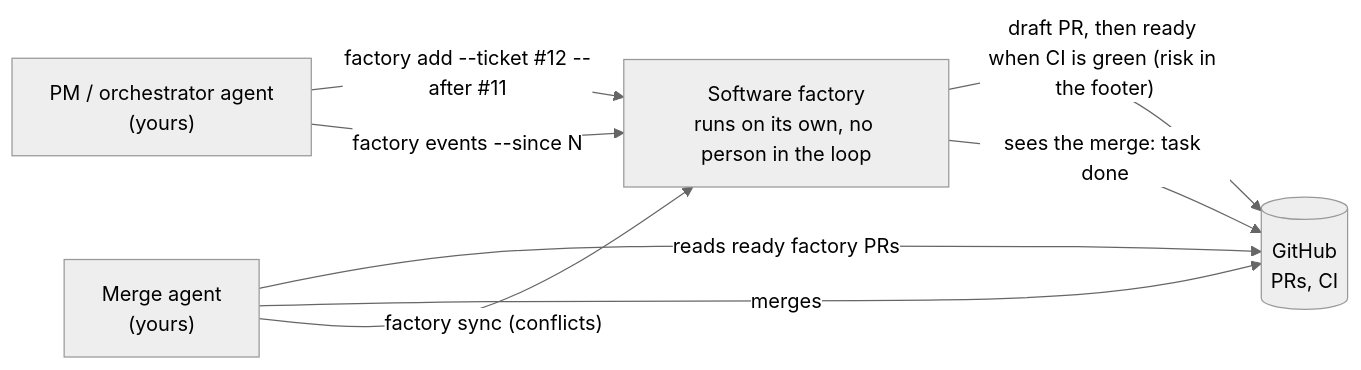
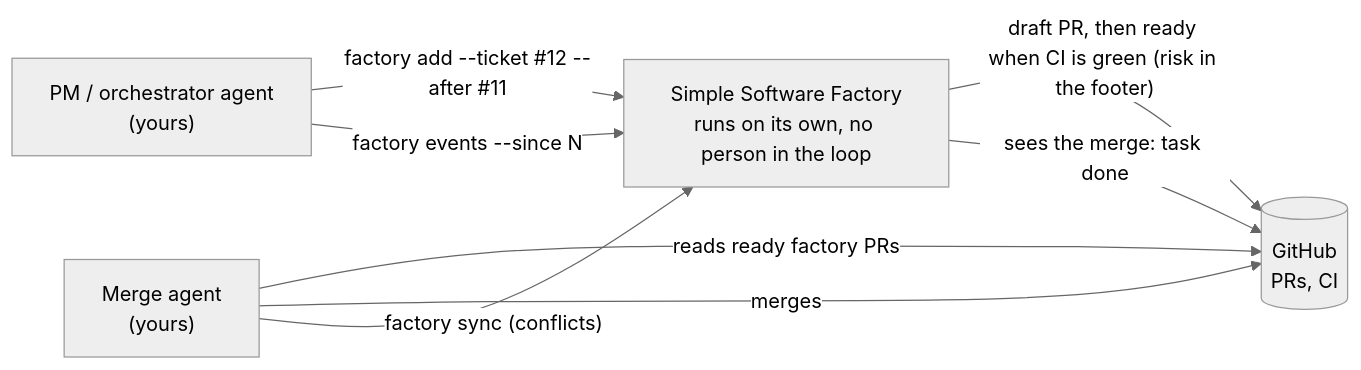
The diagram in docs/INTERFACE.md (s-palmer/software-factory), drawn with Mermaid (neutral theme) before and after one commit. The commit also changed other lines of this file and 25 other files, not shown here.

First line of the commit message:
Simple Software Factory 0.1.0: shorter README, working time, Temporal

````diff
--- a/docs/INTERFACE.md
+++ b/docs/INTERFACE.md
@@ -7,15 +7,15 @@
 ```mermaid
 flowchart LR
     PM["PM / orchestrator agent<br/>(yours)"]
-    F["Software factory<br/>runs on its own, no person in the loop"]
+    F["Simple Software Factory<br/>runs on its own, no person in the loop"]
     GH[("GitHub<br/>PRs, CI")]
     M["Merge agent<br/>(yours)"]
 
     PM -- "factory add --ticket #12 --after #11" --> F
     PM -- "factory events --since N" --> F
     F -- "draft PR, then ready when CI is green (risk in the footer)" --> GH
     M -- "reads ready factory PRs" --> GH
     M -- "merges" --> GH
     M -- "factory sync <task> (conflicts)" --> F
     F -- "sees the merge: task done" --> GH
 ```
````
